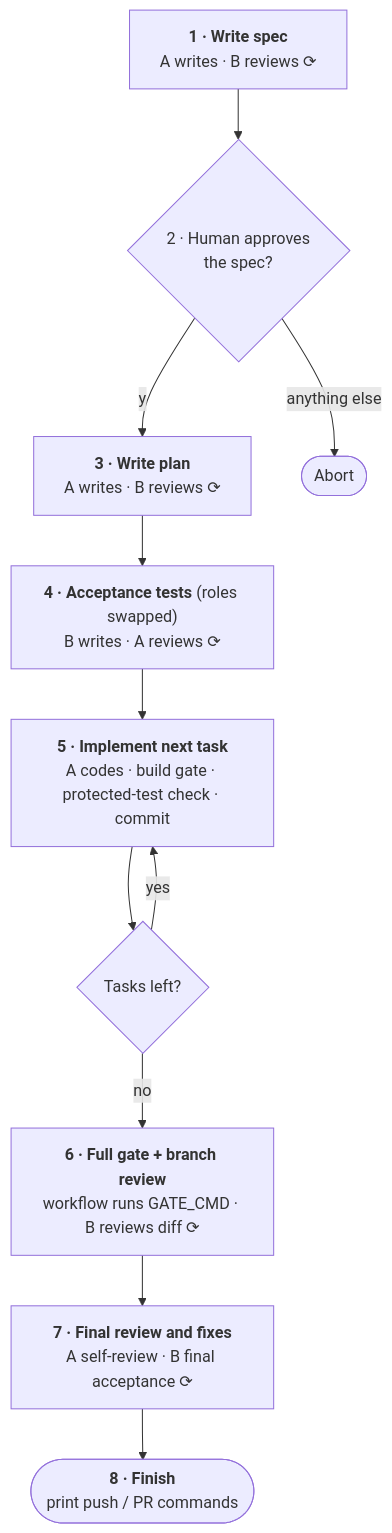
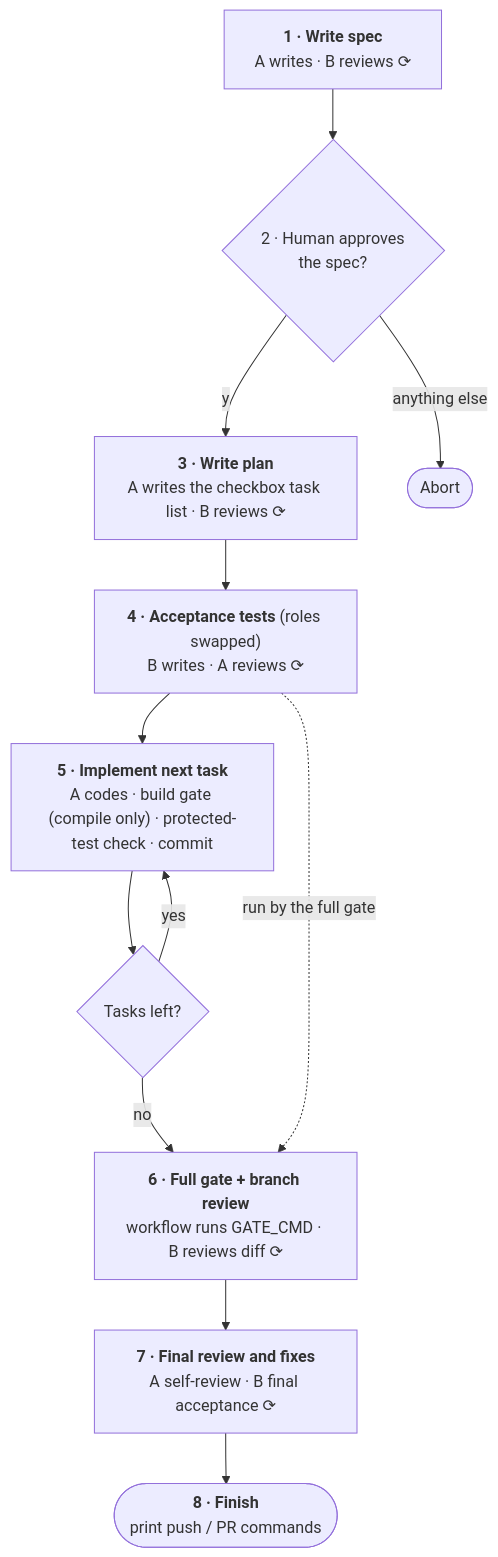
One commit to yhchiu/adversarial-ai-coding changed the first of 2 diagrams in README.md. Above: the diagram before and after it, drawn with Mermaid. The commit also changed other lines of this file, not shown here.

First line of the commit message:
docs(readme): clarify gates and task flow in How It Works

````diff
--- a/README.md
+++ b/README.md
@@ -32,20 +32,21 @@
 ```mermaid
 flowchart TD
     spec["<b>1 · Write spec</b><br/>A writes · B reviews ⟳"]
     gate{"2 · Human approves<br/>the spec?"}
-    plan["<b>3 · Write plan</b><br/>A writes · B reviews ⟳"]
+    plan["<b>3 · Write plan</b><br/>A writes the checkbox task list · B reviews ⟳"]
     tests["<b>4 · Acceptance tests</b> (roles swapped)<br/>B writes · A reviews ⟳"]
-    task["<b>5 · Implement next task</b><br/>A codes · build gate · protected-test check · commit"]
+    task["<b>5 · Implement next task</b><br/>A codes · build gate (compile only) · protected-test check · commit"]
     more{"Tasks left?"}
     branch["<b>6 · Full gate + branch review</b><br/>workflow runs GATE_CMD · B reviews diff ⟳"]
     final["<b>7 · Final review and fixes</b><br/>A self-review · B final acceptance ⟳"]
     fin(["<b>8 · Finish</b><br/>print push / PR commands"])
     abort(["Abort"])
 
     spec --> gate
     gate -- "y" --> plan
     gate -- "anything else" --> abort
     plan --> tests --> task --> more
     more -- "yes" --> task
     more -- "no" --> branch --> final --> fin
+    tests -. "run by the full gate" .-> branch
 ```
````
